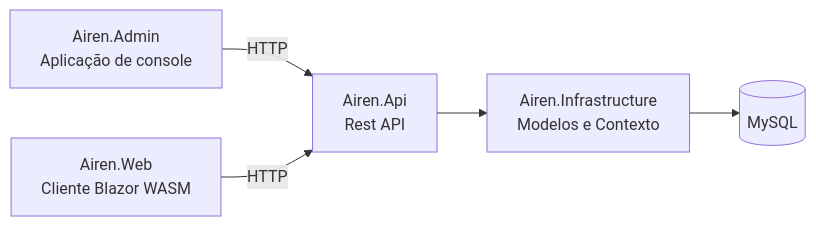
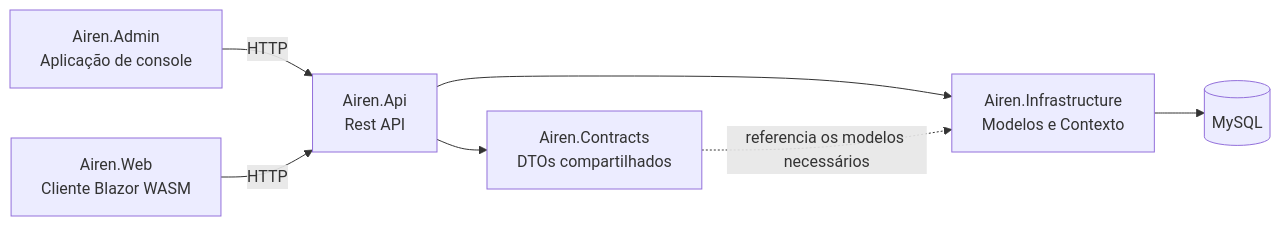
Before and after one commit to diegotassodev/airen-core: the diagram in README.md, drawn with Mermaid. The commit also changed other lines of this file and 102 other files, not shown here.

````diff
--- a/README.md
+++ b/README.md
@@ -9,7 +9,9 @@
 ```mermaid
 flowchart LR
 		Admin[Airen.Admin\nAplicação de console] -->|HTTP| API[Airen.Api\nRest API]
 		Web[Airen.Web\nCliente Blazor WASM] -->|HTTP| API
+		API --> Contracts[Airen.Contracts\nDTOs compartilhados]
 		API --> Infra[Airen.Infrastructure\nModelos e Contexto]
+		Contracts -.->|referencia os modelos necessários| Infra
 		Infra --> DB[(MySQL)]
 ```
````
